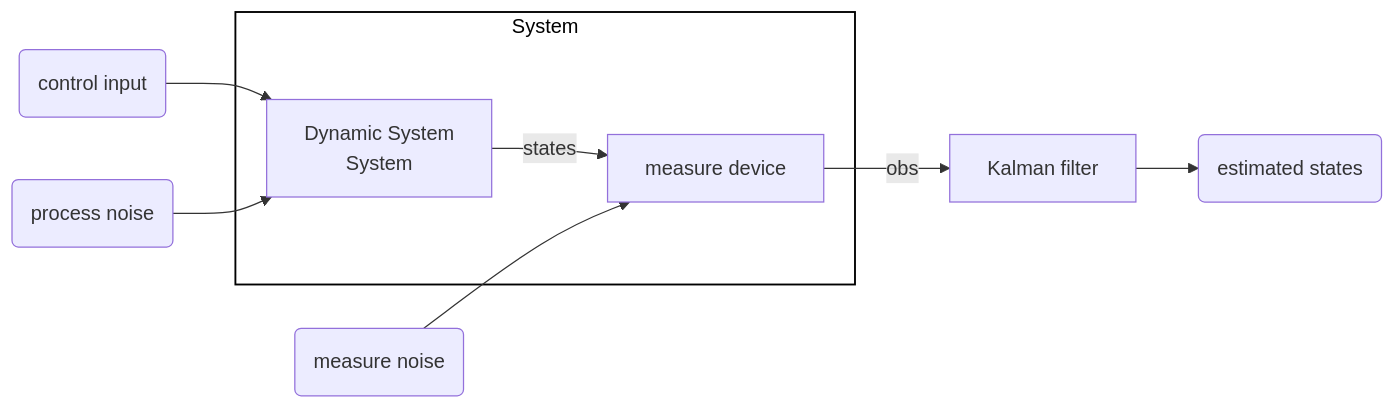
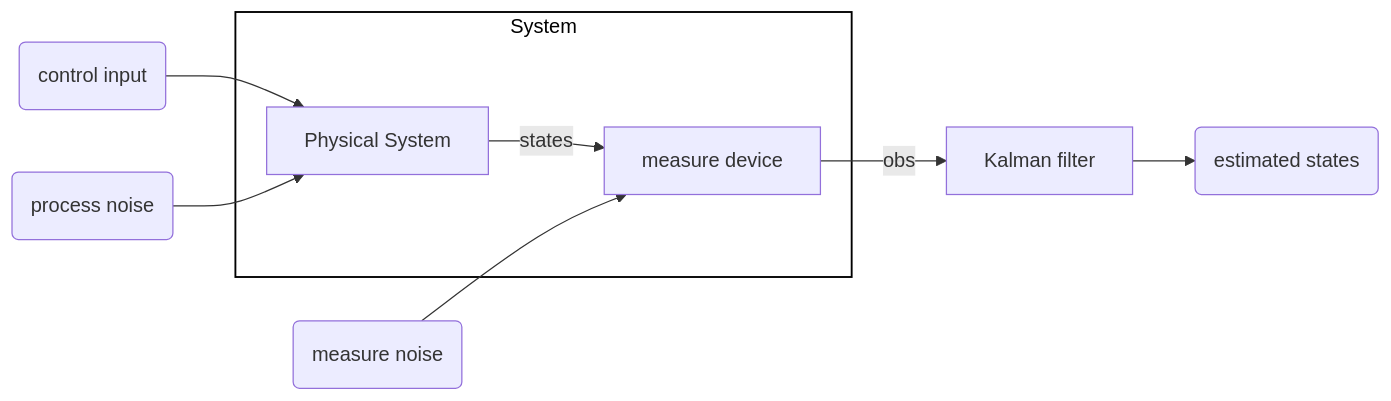
Before and after one commit to BalderHolst/uni-notes: the diagram in Notes/Kalman Filter.md, drawn with Mermaid. The commit also changed other lines of this file and 3 other files, not shown here.

````diff
--- a/Notes/Kalman Filter.md
+++ b/Notes/Kalman Filter.md
@@ -16,31 +16,31 @@
 ```mermaid
 graph LR
     %% Styles
     classDef transparentBox stroke:#000,stroke-width:1.5px,fill:none,color:#000;
 
     %% Nodes
     controlInput(control input)
     processNoise(process noise)
-    System[Dynamic System<br>System]
+    System[Physical System]
     measureDevice[measure device]
     measureNoise(measure noise)
     KalmanFilter[Kalman filter]
     estimatedStates(estimated states)
 
     %% Subgraph (Outer box)
     subgraph PhysicalSystem["System"]
         System
         measureDevice
     end
 
     %% Apply styling
     class PhysicalSystem transparentBox
 
     %% Connections
     controlInput --> System
     processNoise --> System
     System -- states --> measureDevice
     measureNoise --> measureDevice
     measureDevice -- obs --> KalmanFilter
     KalmanFilter --> estimatedStates
 ```
````
